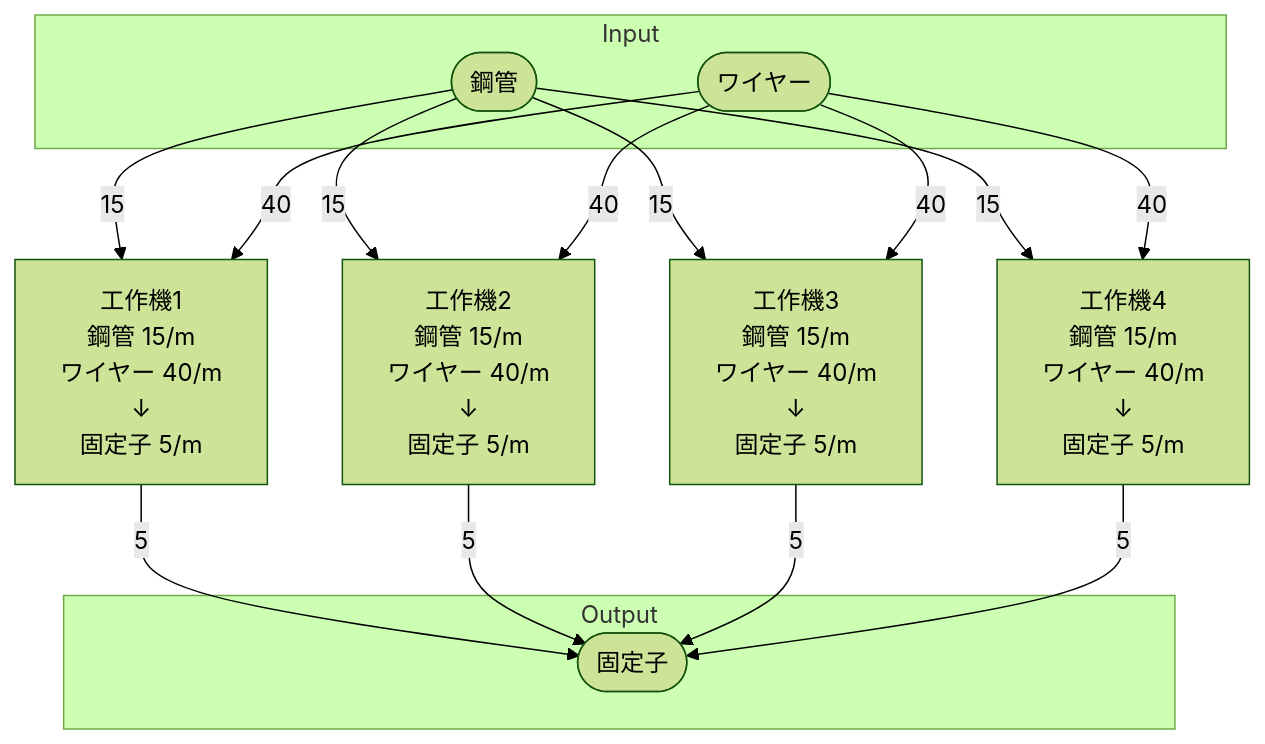
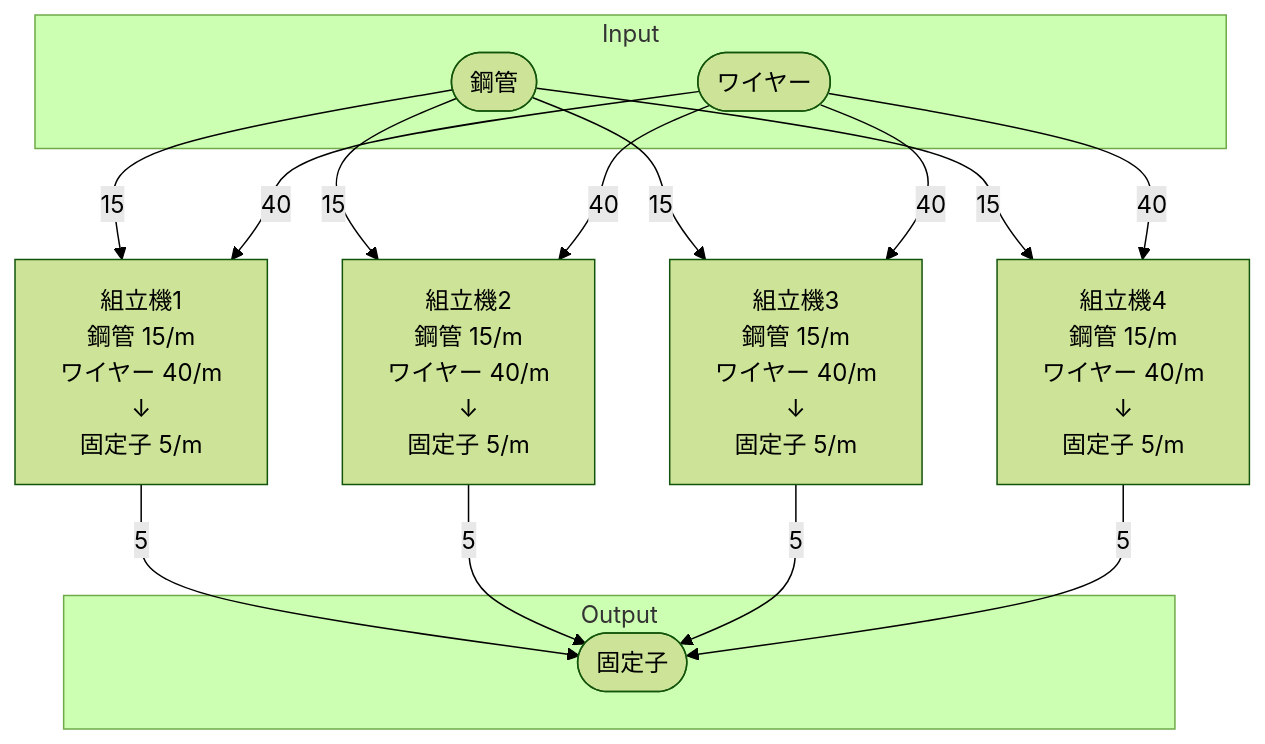
One commit to Suzuran-Amano/SatisfactoryTaskEfficiency changed the diagram in 40_FactoryBuilding/自動ワイヤー工場/40_個別製造ライン設計書/個別製造ライン設計書_固定子製造ライン.md. Above: the diagram before and after it, drawn with Mermaid (forest theme). The commit also changed other lines of this file and 288 other files, not shown here.

````diff
--- a/40_FactoryBuilding/自動ワイヤー工場/40_個別製造ライン設計書/個別製造ライン設計書_固定子製造ライン.md
+++ b/40_FactoryBuilding/自動ワイヤー工場/40_個別製造ライン設計書/個別製造ライン設計書_固定子製造ライン.md
@@ -19,57 +21,57 @@
 ```mermaid
 flowchart TD
 
 subgraph Input
     鋼管([鋼管])
     ワイヤー([ワイヤー])
 end
 
-工作機1[
-    工作機1
+組立機1[
+    組立機1
     鋼管 15/m
     ワイヤー 40/m
     ↓
     固定子 5/m
 ]
 
-工作機2[
-    工作機2
+組立機2[
+    組立機2
     鋼管 15/m
     ワイヤー 40/m
     ↓
     固定子 5/m
 ]
 
-工作機3[
-    工作機3
+組立機3[
+    組立機3
     鋼管 15/m
     ワイヤー 40/m
     ↓
     固定子 5/m
 ]
 
-工作機4[
-    工作機4
+組立機4[
+    組立機4
     鋼管 15/m
     ワイヤー 40/m
     ↓
     固定子 5/m
 ]
 
 subgraph Output
     固定子([固定子])
 end
 
-鋼管-->|15|工作機1
-ワイヤー-->|40|工作機1
-工作機1-->|5|固定子
-鋼管-->|15|工作機2
-ワイヤー-->|40|工作機2
-工作機2-->|5|固定子
-鋼管-->|15|工作機3
-ワイヤー-->|40|工作機3
-工作機3-->|5|固定子
-鋼管-->|15|工作機4
-ワイヤー-->|40|工作機4
-工作機4-->|5|固定子
+鋼管-->|15|組立機1
+ワイヤー-->|40|組立機1
+組立機1-->|5|固定子
+鋼管-->|15|組立機2
+ワイヤー-->|40|組立機2
+組立機2-->|5|固定子
+鋼管-->|15|組立機3
+ワイヤー-->|40|組立機3
+組立機3-->|5|固定子
+鋼管-->|15|組立機4
+ワイヤー-->|40|組立機4
+組立機4-->|5|固定子
 ```
````
